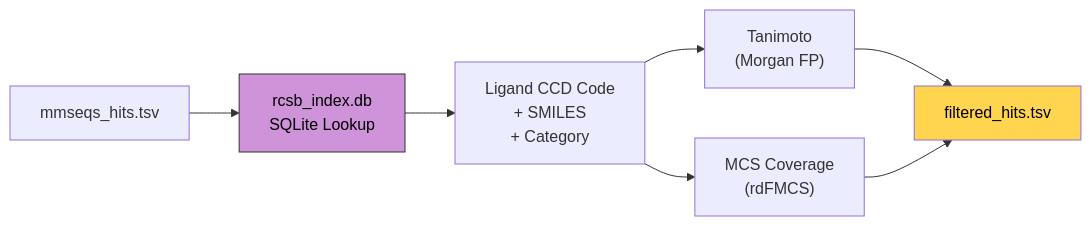
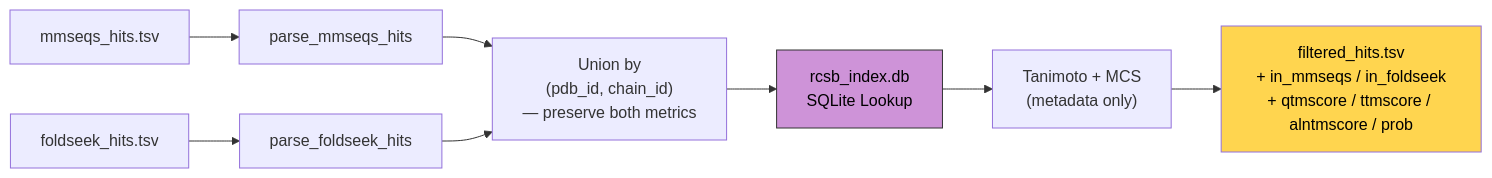
Before and after one commit to eightmm/mosaic-pl: the fourth of 25 diagrams in docs/pipeline.md, drawn with Mermaid. The commit also changed other lines of this file and 3 other files, not shown here.

````diff
--- a/docs/pipeline.md
+++ b/docs/pipeline.md
@@ -92,10 +115,11 @@
 ```mermaid
 flowchart LR
-    A["mmseqs_hits.tsv"] --> B["rcsb_index.db\nSQLite Lookup"]
-    B --> C["Ligand CCD Code\n+ SMILES\n+ Category"]
-    C --> D["Tanimoto\n(Morgan FP)"]
-    C --> E["MCS Coverage\n(rdFMCS)"]
-    D & E --> F["filtered_hits.tsv"]
-    style B fill:#ce93d8,stroke:#333,color:#000
-    style F fill:#ffd54f,color:#000
+    A["mmseqs_hits.tsv"] --> M["parse_mmseqs_hits"]
+    B["foldseek_hits.tsv"] --> F["parse_foldseek_hits"]
+    M & F --> U["Union by\n(pdb_id, chain_id)\n— preserve both metrics"]
+    U --> RC["rcsb_index.db\nSQLite Lookup"]
+    RC --> SCORE["Tanimoto + MCS\n(metadata only)"]
+    SCORE --> OUT["filtered_hits.tsv\n+ in_mmseqs / in_foldseek\n+ qtmscore / ttmscore / alntmscore / prob"]
+    style RC fill:#ce93d8,stroke:#333,color:#000
+    style OUT fill:#ffd54f,color:#000
 ```
````
